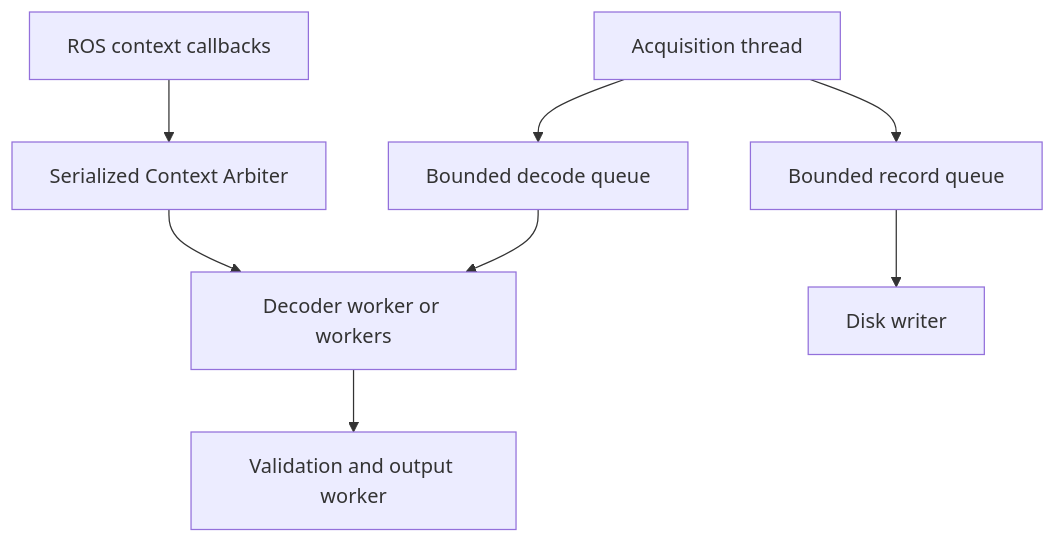
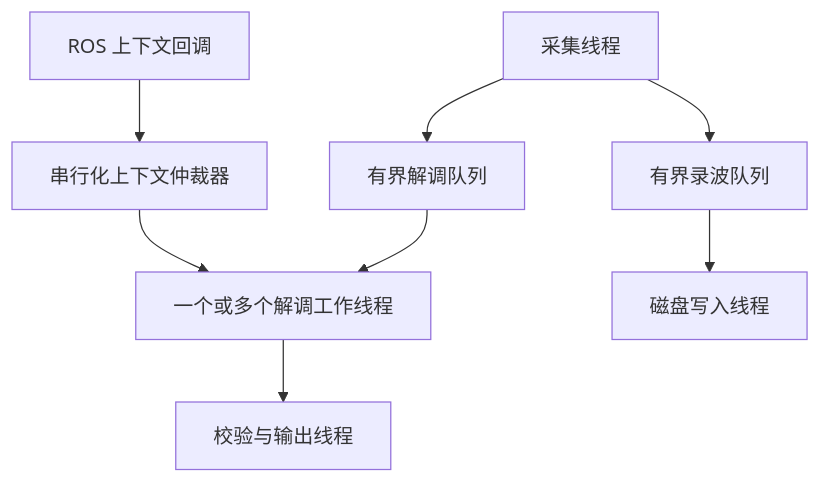
Before and after one commit to Lancercodermaker/3SE26-: the second of 2 diagrams in docs/superpowers/specs/2026-07-10-sdr-receiver-architecture-design.md, drawn with Mermaid. The commit also changed other lines of this file and 2 other files, not shown here.

Commit message:
docs: rewrite SDR requirements and architecture in Chinese

````diff
--- a/docs/superpowers/specs/2026-07-10-sdr-receiver-architecture-design.md
+++ b/docs/superpowers/specs/2026-07-10-sdr-receiver-architecture-design.md
@@ -169,10 +169,10 @@
 ```mermaid
 flowchart TD
-    A["Acquisition thread"] --> Q1["Bounded decode queue"]
-    A --> Q2["Bounded record queue"]
-    Q1 --> D["Decoder worker or workers"]
-    D --> V["Validation and output worker"]
-    Q2 --> W["Disk writer"]
-    C["ROS context callbacks"] --> CA["Serialized Context Arbiter"]
+    A["采集线程"] --> Q1["有界解调队列"]
+    A --> Q2["有界录波队列"]
+    Q1 --> D["一个或多个解调工作线程"]
+    D --> V["校验与输出线程"]
+    Q2 --> W["磁盘写入线程"]
+    C["ROS 上下文回调"] --> CA["串行化上下文仲裁器"]
     CA --> D
 ```
````
